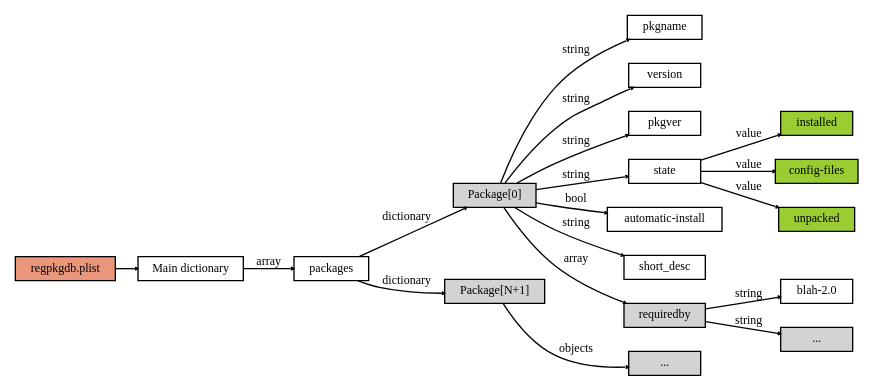
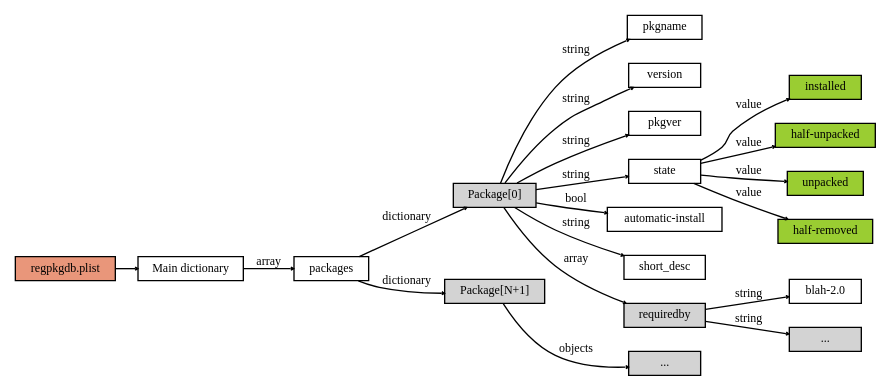
Before and after one commit to void-linux/xbps: the diagram in doc/xbps_regpkgdb_dictionary.dot, drawn with Graphviz. The commit also changed 31 other files, not shown here.

```diff
--- a/doc/xbps_regpkgdb_dictionary.dot
+++ b/doc/xbps_regpkgdb_dictionary.dot
@@ -1,34 +1,36 @@
 digraph regpkgdb_dictionary {
 	graph [rankdir=LR,rank=same,ranksep=".10"];
 	edge [arrowhead="vee",arrowsize="0.2",fontname="DejaVuSansCondensed",fontsize="9"];
 	node [height=".1",shape=box,fontname="DejaVuSansCondensed",fontsize="9"];
 	regpkgdb_plist -> main;
 	regpkgdb_plist [style=filled,fillcolor="darksalmon",label="regpkgdb.plist"];
 	main [label="Main dictionary"];
 	main -> packages [label="array"];
 	packages -> pkgdict [label="dictionary"];
 	packages -> pkgdict2 [label="dictionary"];
 	pkgdict [style=filled,label="Package[0]"];
 	pkgdict2 [style=filled,label="Package[N+1]"];
 	pkgdict2 -> pkgdict2_objs [label="objects"];
 	pkgdict2_objs [style=filled,label="..."];
 	pkgdict -> pkgname [label="string"];
 	pkgdict -> version [label="string"];
 	pkgdict -> pkgver [label="string"];
 	pkgdict -> state [label="string"];
 	state -> state_inst [label="value"];
-	state -> state_cffiles [label="value"];
+	state -> state_hfuned [label="value"];
 	state -> state_unpack [label="value"];
+	state -> state_hfrmed [label="value"];
 	state_inst [style=filled,fillcolor="yellowgreen",label="installed"];
-	state_cffiles [style=filled,fillcolor="yellowgreen",label="config-files"];
+	state_hfuned [style=filled,fillcolor="yellowgreen",label="half-unpacked"];
 	state_unpack [style=filled,fillcolor="yellowgreen",label="unpacked"];
+	state_hfrmed [style=filled,fillcolor="yellowgreen",label="half-removed"];
 	pkgdict -> automatic [label="bool"];
 	automatic [label="automatic-install"];
 	pkgdict -> short_desc [label="string"]
 	pkgdict -> requiredby [label="array"];
 	requiredby [style=filled];
 	requiredby -> reqby1 [label="string"];
 	requiredby -> reqby2 [style=filled,label="string"];
 	reqby1 [label="blah-2.0"];
 	reqby2 [style=filled,label="..."];
 }
```
